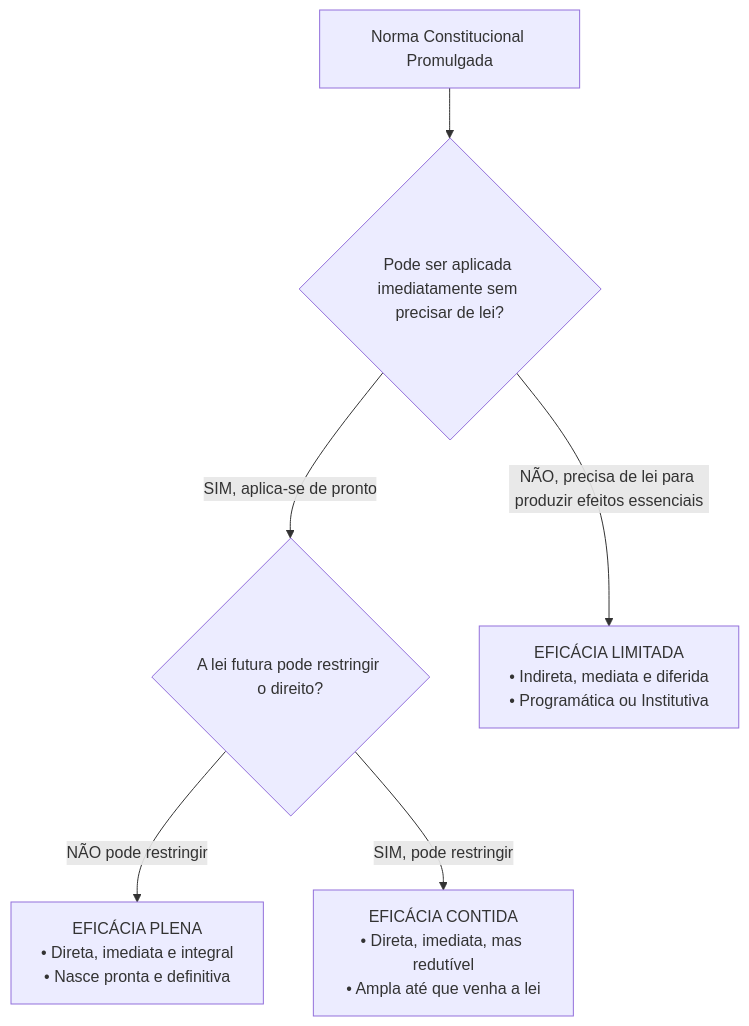
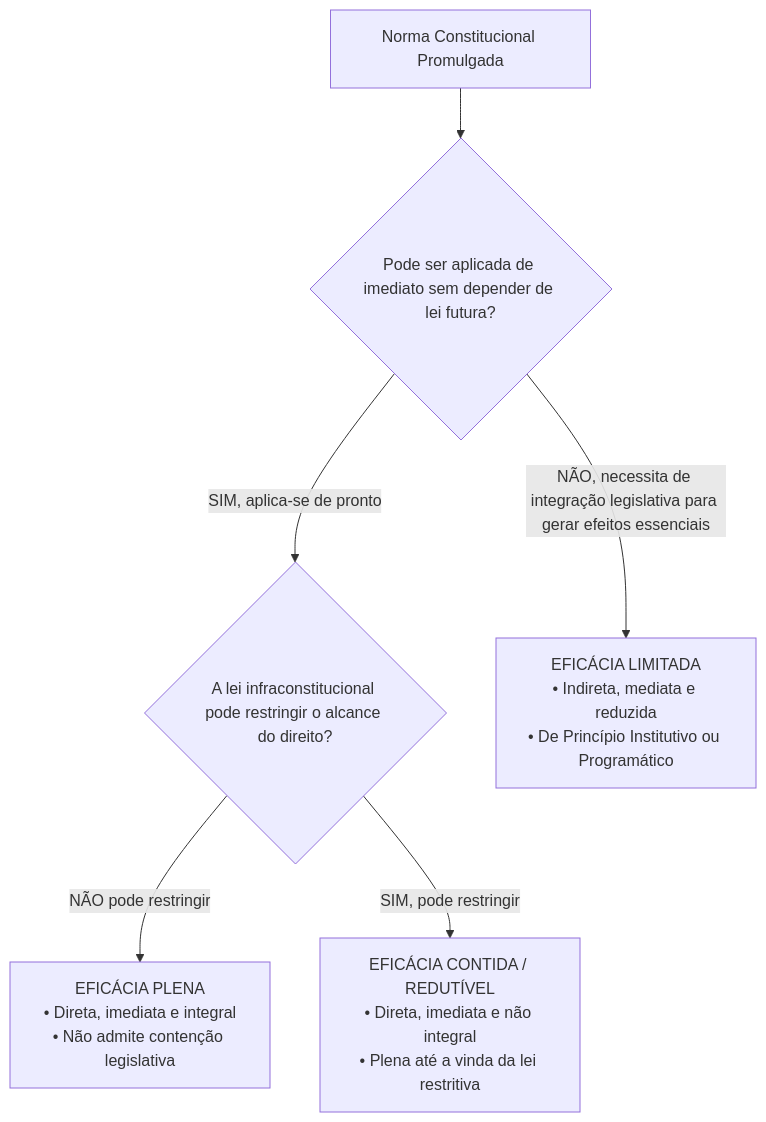
The first of 2 diagrams in fontes_de_estudo/conhecimentos_especificos_a01_tecnico_administrativo/17_nocoes_de_direito_constitucional/01_aplicabilidade_das_normas_e_principios_fundamentais.md (thiagosantos346/TCE-GO-2027), drawn with Mermaid before and after one commit. The commit also changed other lines of this file and 119 other files, not shown here.

````diff
--- a/fontes_de_estudo/conhecimentos_especificos_a01_tecnico_administrativo/17_nocoes_de_direito_constitucional/01_aplicabilidade_das_normas_e_principios_fundamentais.md
+++ b/fontes_de_estudo/conhecimentos_especificos_a01_tecnico_administrativo/17_nocoes_de_direito_constitucional/01_aplicabilidade_das_normas_e_principios_fundamentais.md
@@ -67,8 +52,8 @@
 ```mermaid
 flowchart TD
-    N["Norma Constitucional Promulgada"] --> DEC{"Pode ser aplicada imediatamente sem precisar de lei?"}
-    DEC -->|"SIM, aplica-se de pronto"| COMP{"A lei futura pode restringir o direito?"}
-    COMP -->|"NÃO pode restringir"| PLENA["EFICÁCIA PLENA<br/>• Direta, imediata e integral<br/>• Nasce pronta e definitiva"]
-    COMP -->|"SIM, pode restringir"| CONT["EFICÁCIA CONTIDA<br/>• Direta, imediata, mas redutível<br/>• Ampla até que venha a lei"]
-    DEC -->|"NÃO, precisa de lei para produzir efeitos essenciais"| LIMIT["EFICÁCIA LIMITADA<br/>• Indireta, mediata e diferida<br/>• Programática ou Institutiva"]
+    N["Norma Constitucional Promulgada"] --> DEC{"Pode ser aplicada de imediato sem depender de lei futura?"}
+    DEC -->|"SIM, aplica-se de pronto"| COMP{"A lei infraconstitucional pode restringir o alcance do direito?"}
+    COMP -->|"NÃO pode restringir"| PLENA["EFICÁCIA PLENA<br/>• Direta, imediata e integral<br/>• Não admite contenção legislativa"]
+    COMP -->|"SIM, pode restringir"| CONT["EFICÁCIA CONTIDA / REDUTÍVEL<br/>• Direta, imediata e não integral<br/>• Plena até a vinda da lei restritiva"]
+    DEC -->|"NÃO, necessita de integração legislativa para gerar efeitos essenciais"| LIMIT["EFICÁCIA LIMITADA<br/>• Indireta, mediata e reduzida<br/>• De Princípio Institutivo ou Programático"]
 ```
````
